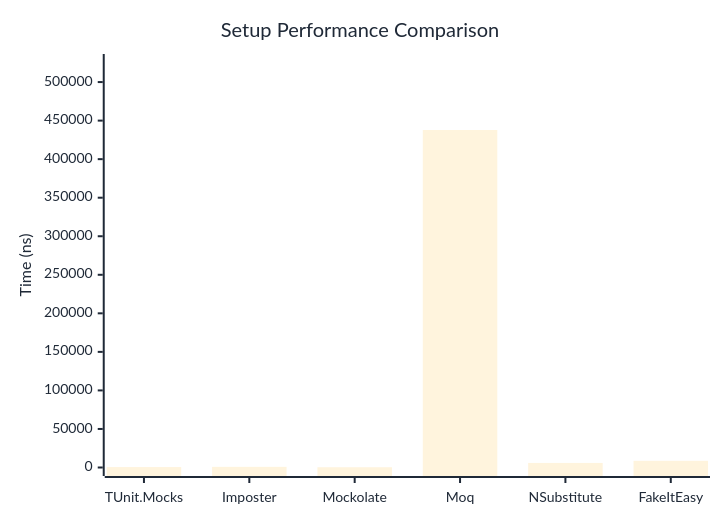
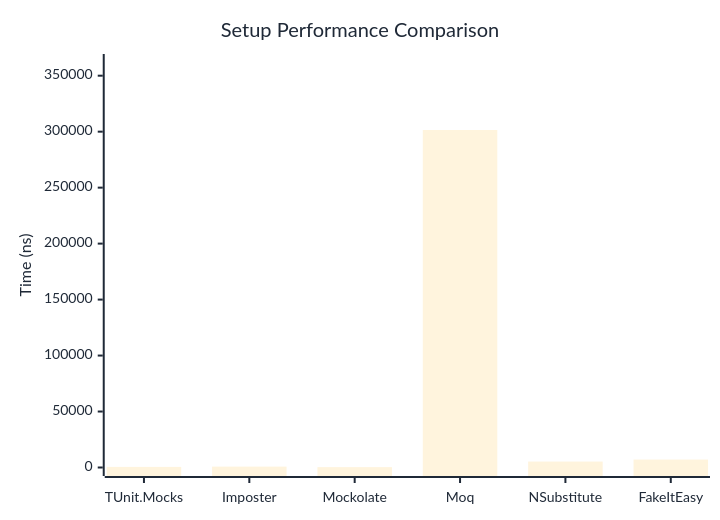
The first of 2 diagrams in docs/docs/benchmarks/mocks/Setup.md (thomhurst/TUnit), drawn with Mermaid before and after one commit. The commit also changed other lines of this file and 14 other files, not shown here.

````diff
--- a/docs/docs/benchmarks/mocks/Setup.md
+++ b/docs/docs/benchmarks/mocks/Setup.md
@@ -30,27 +30,27 @@
 ```mermaid
 %%{init: {
   'theme':'base',
   'themeVariables': {
     'primaryColor': '#2563eb',
     'primaryTextColor': '#1f2937',
     'primaryBorderColor': '#1e40af',
     'lineColor': '#6b7280',
     'secondaryColor': '#7c3aed',
     'tertiaryColor': '#dc2626',
     'background': '#ffffff',
     'pie1': '#2563eb',
     'pie2': '#7c3aed',
     'pie3': '#dc2626',
     'pie4': '#f59e0b',
     'pie5': '#10b981',
     'pie6': '#06b6d4',
     'pie7': '#ec4899',
     'pie8': '#6366f1'
   }
 }}%%
 xychart-beta
   title "Setup Performance Comparison"
   x-axis ["TUnit.Mocks", "Imposter", "Mockolate", "Moq", "NSubstitute", "FakeItEasy"]
-  y-axis "Time (ns)" 0 --> 525388
-  bar [535.7, 838.7, 336.5, 437823.2, 5935.9, 8670]
+  y-axis "Time (ns)" 0 --> 361786
+  bar [542.2, 777.7, 328.5, 301488.3, 5315.1, 7089.2]
 ```
````
